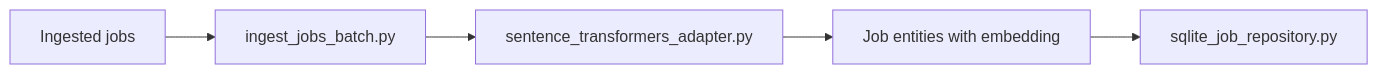
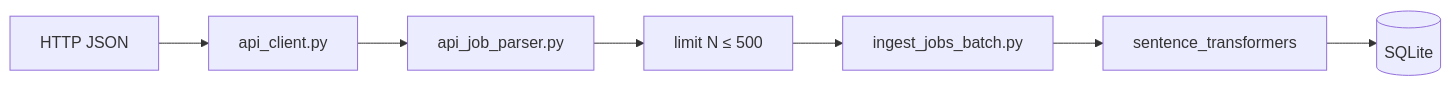
One commit to athane-degsods/resume-to-job-2.0 changed the second of 2 diagrams in README.md. Above: the diagram before and after it, drawn with Mermaid. The commit also changed other lines of this file and 43 other files, not shown here.

````diff
--- a/README.md
+++ b/README.md
@@ -301,7 +133,9 @@
 ```mermaid
 flowchart LR
-	IN["Ingested jobs"] --> UC["ingest_jobs_batch.py"]
-	UC --> EMB["sentence_transformers_adapter.py"]
-	EMB --> JOB["Job entities with embedding"]
-	JOB --> DB["sqlite_job_repository.py"]
+  API[HTTP JSON] --> CLIENT[api_client.py]
+  CLIENT --> PARSE[api_job_parser.py]
+  PARSE --> LIMIT[limit N ≤ 500]
+  LIMIT --> UC[ingest_jobs_batch.py]
+  UC --> EMB[sentence_transformers]
+  EMB --> DB[(SQLite)]
 ```
````
